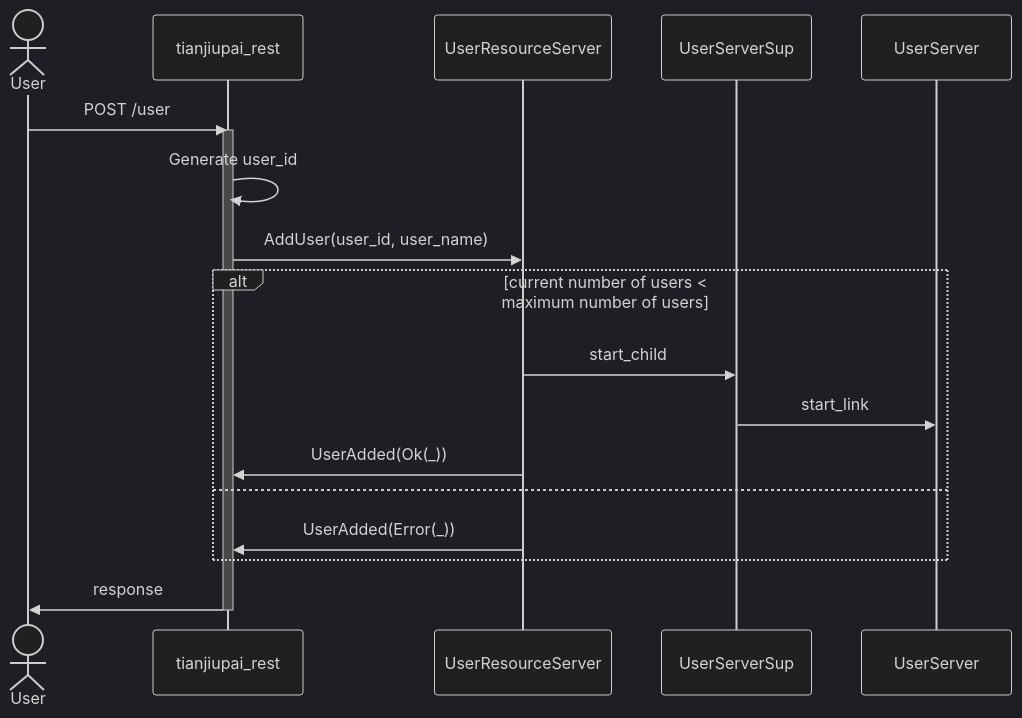
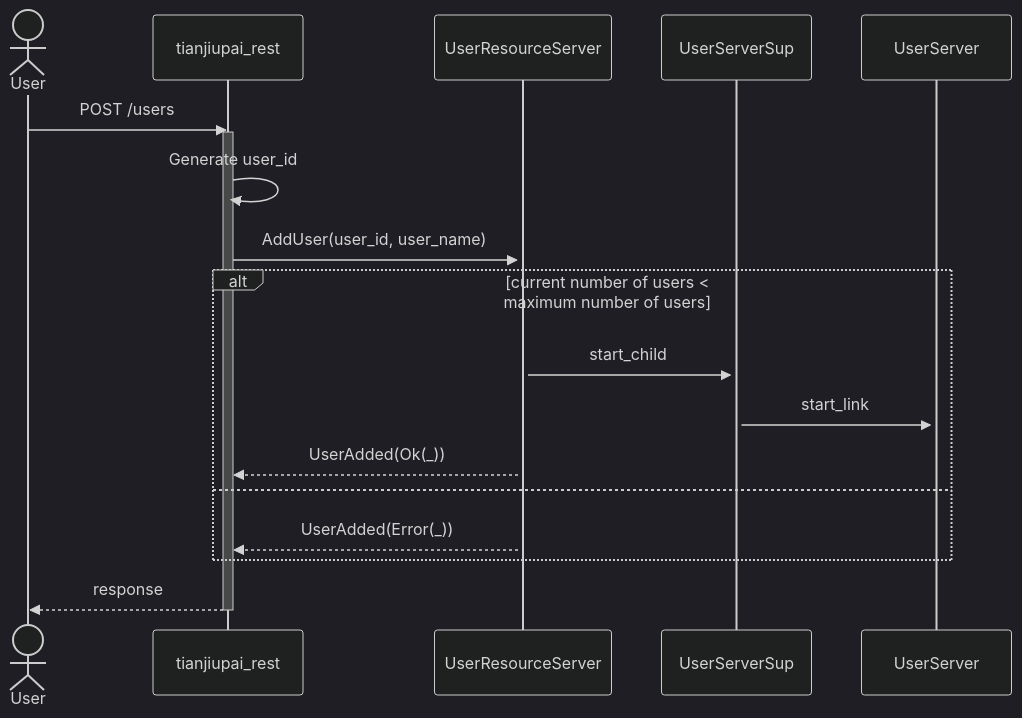
One commit to gfngfn/game_tianjiupai changed the first of 2 diagrams in docs/ARCHITECTURE.md. Above: the diagram before and after it, drawn with Mermaid (dark theme). The commit also changed other lines of this file, not shown here.

````diff
--- a/docs/ARCHITECTURE.md
+++ b/docs/ARCHITECTURE.md
@@ -5,22 +5,26 @@
 ```mermaid
 sequenceDiagram
   actor User
   participant tianjiupai_rest
   participant UserResourceServer
   participant UserServerSup
   participant UserServer
-  User ->> tianjiupai_rest : POST /user
+  activate UserResourceServer
+  activate UserServerSup
+  activate UserServer
+
+  User ->> tianjiupai_rest : POST /users
   activate tianjiupai_rest
   tianjiupai_rest ->> tianjiupai_rest : Generate user_id
   tianjiupai_rest ->> UserResourceServer : AddUser(user_id, user_name)
   alt current number of users < maximum number of users
     UserResourceServer ->> UserServerSup : start_child
     UserServerSup ->> UserServer : start_link
     activate UserServer
-    UserResourceServer ->> tianjiupai_rest : UserAdded(Ok(_))
+    UserResourceServer -->> tianjiupai_rest : UserAdded(Ok(_))
   else
-    UserResourceServer ->> tianjiupai_rest : UserAdded(Error(_))
+    UserResourceServer -->> tianjiupai_rest : UserAdded(Error(_))
   end
-  tianjiupai_rest ->> User : response
+  tianjiupai_rest -->> User : response
   deactivate tianjiupai_rest
 ```
````
